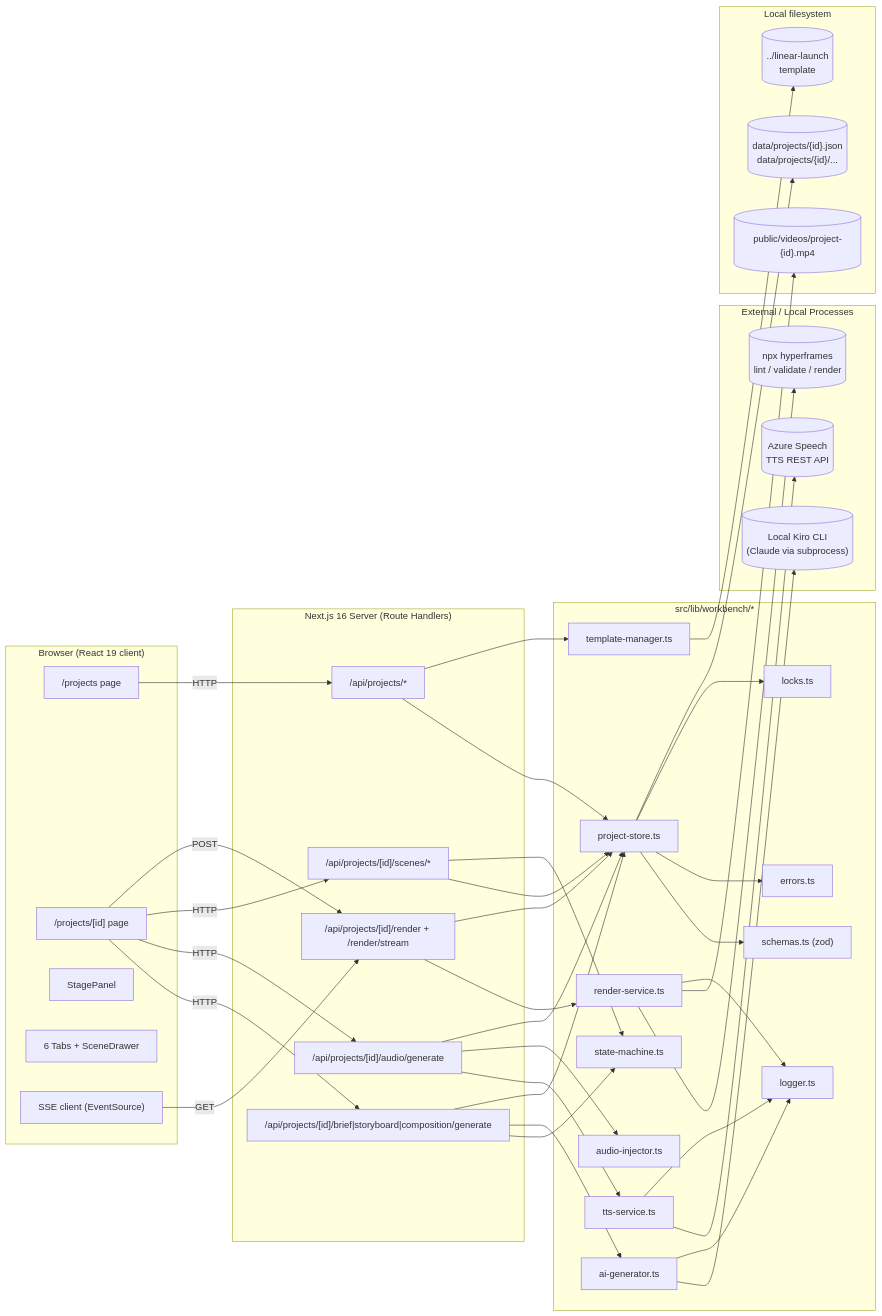
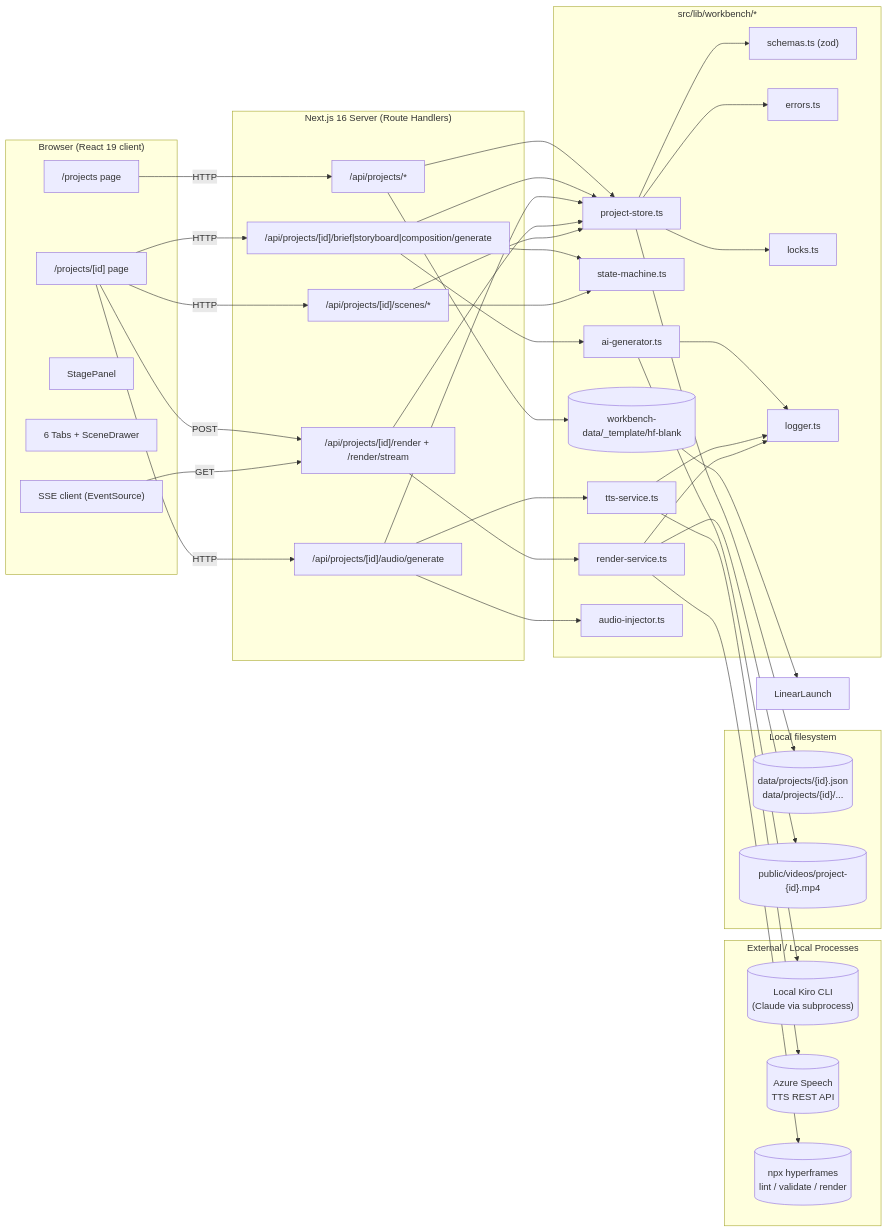
Before and after one commit to dalezhang2020/content-analyzer: the first of 8 diagrams in web/.kiro/specs/video-creation-workbench/design.md, drawn with Mermaid. The commit also changed other lines of this file and 141 other files, not shown here.

````diff
--- a/web/.kiro/specs/video-creation-workbench/design.md
+++ b/web/.kiro/specs/video-creation-workbench/design.md
@@ -34,77 +34,77 @@
 ```mermaid
 flowchart LR
     subgraph Browser["Browser (React 19 client)"]
         ListPage["/projects page"]
         DetailPage["/projects/[id] page"]
         StagePanel["StagePanel"]
         Tabs["6 Tabs + SceneDrawer"]
         SSEClient["SSE client (EventSource)"]
     end
 
     subgraph NextServer["Next.js 16 Server (Route Handlers)"]
         RouteProjects["/api/projects/*"]
         RouteAI["/api/projects/[id]/brief|storyboard|composition/generate"]
         RouteAudio["/api/projects/[id]/audio/generate"]
         RouteRender["/api/projects/[id]/render + /render/stream"]
         RouteScenes["/api/projects/[id]/scenes/*"]
     end
 
     subgraph CoreLib["src/lib/workbench/*"]
         Store["project-store.ts"]
         SM["state-machine.ts"]
         AIG["ai-generator.ts"]
         TTS["tts-service.ts"]
         Render["render-service.ts"]
         Template["template-manager.ts"]
         Injector["audio-injector.ts"]
         Schemas["schemas.ts (zod)"]
         Errors["errors.ts"]
         Locks["locks.ts"]
         Logger["logger.ts"]
     end
 
     subgraph External["External / Local Processes"]
         LLM[("Local Kiro CLI<br/>(Claude via subprocess)")]
         AzureTTS[("Azure Speech<br/>TTS REST API")]
         HFCLI[("npx hyperframes<br/>lint / validate / render")]
     end
 
     subgraph Disk["Local filesystem"]
         Data[("data/projects/{id}.json<br/>data/projects/{id}/...")]
         Videos[("public/videos/project-{id}.mp4")]
-        LinearLaunch[("../linear-launch<br/>template")]
+        Template[("workbench-data/_template/hf-blank")]
     end
 
     ListPage -- HTTP --> RouteProjects
     DetailPage -- HTTP --> RouteAI
     DetailPage -- HTTP --> RouteAudio
     DetailPage -- HTTP --> RouteScenes
     DetailPage -- POST --> RouteRender
     SSEClient -- GET --> RouteRender
 
     RouteProjects --> Store
     RouteProjects --> Template
     RouteAI --> SM
     RouteAI --> AIG
     RouteAI --> Store
     RouteAudio --> TTS
     RouteAudio --> Injector
     RouteAudio --> Store
     RouteRender --> Render
     RouteRender --> Store
     RouteScenes --> Store
     RouteScenes --> SM
 
     Store --> Schemas
     Store --> Errors
     Store --> Locks
     AIG --> LLM
     TTS --> AzureTTS
     Render --> HFCLI
     Template --> LinearLaunch
     Store --> Data
     Render --> Videos
     AIG --> Logger
     TTS --> Logger
     Render --> Logger
 ```
````
